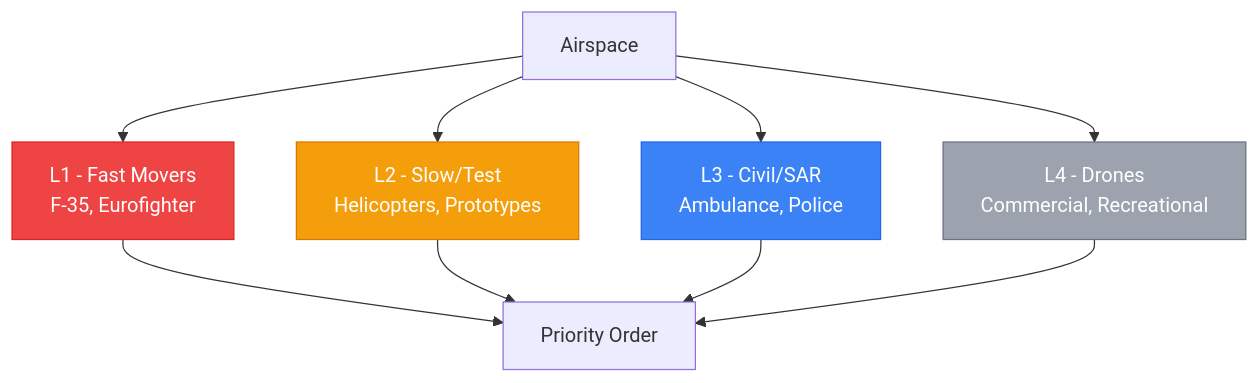
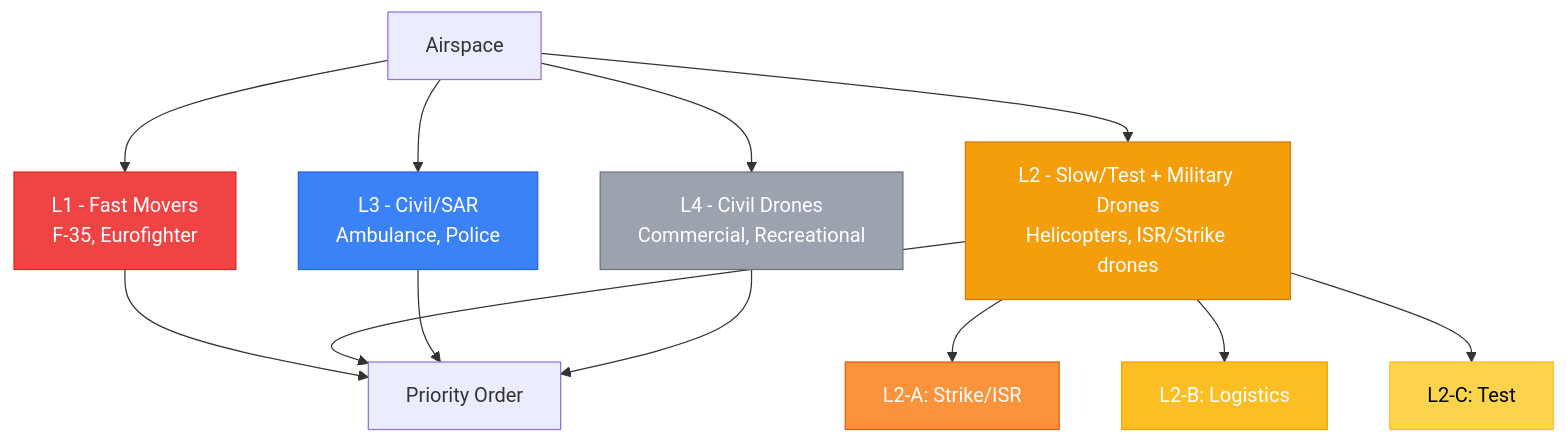
Before and after one commit to DeepTech-Defence-Alliance/policy: the diagram in dtda-site/docs/deel-ii/l1-l4-prioritering.mdx, drawn with Mermaid. The commit also changed other lines of this file, not shown here.

First line of the commit message:
Fix: L1-L4 prioritering — Military drones in L2, not L4

````diff
--- a/dtda-site/docs/deel-ii/l1-l4-prioritering.mdx
+++ b/dtda-site/docs/deel-ii/l1-l4-prioritering.mdx
@@ -22,17 +22,24 @@
 ```mermaid
 graph TB
     A[Airspace] --> B[L1 - Fast Movers<br/>F-35, Eurofighter]
-    A --> C[L2 - Slow/Test<br/>Helicopters, Prototypes]
+    A --> C[L2 - Slow/Test + Military Drones<br/>Helicopters, ISR/Strike drones]
     A --> D[L3 - Civil/SAR<br/>Ambulance, Police]
-    A --> E[L4 - Drones<br/>Commercial, Recreational]
+    A --> E[L4 - Civil Drones<br/>Commercial, Recreational]
+
+    C --> C1[L2-A: Strike/ISR]
+    C --> C2[L2-B: Logistics]
+    C --> C3[L2-C: Test]
 
     B --> F[Priority Order]
     C --> F
     D --> F
     E --> F
 
     style B fill:#ef4444,stroke:#dc2626,color:#fff
     style C fill:#f59e0b,stroke:#d97706,color:#fff
+    style C1 fill:#fb923c,stroke:#ea580c,color:#fff
+    style C2 fill:#fbbf24,stroke:#f59e0b,color:#fff
+    style C3 fill:#fcd34d,stroke:#fbbf24,color:#000
     style D fill:#3b82f6,stroke:#2563eb,color:#fff
     style E fill:#9ca3af,stroke:#6b7280,color:#fff
 ```
````
